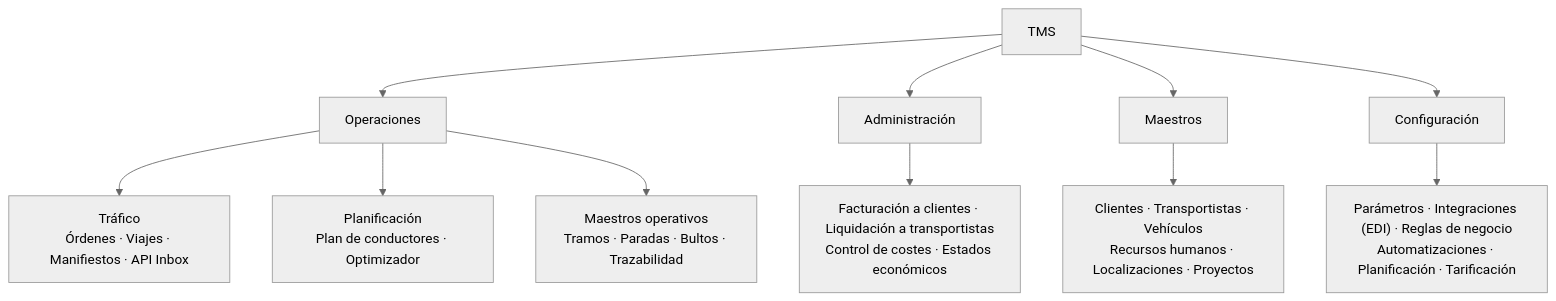
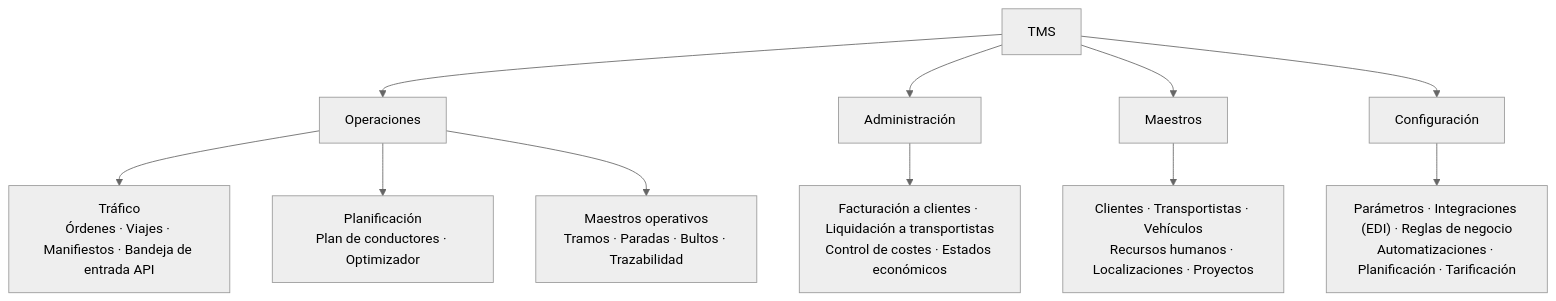
Before and after one commit to pacoborrego/guraify-tms-docs: the diagram in source/17.0/3_functional-architecture/3_1_functional-organization.rst, drawn with Mermaid (neutral theme). The commit also changed other lines of this file and 41 other files, not shown here.

```diff
--- a/source/17.0/3_functional-architecture/3_1_functional-organization.rst
+++ b/source/17.0/3_functional-architecture/3_1_functional-organization.rst
@@ -24,13 +24,13 @@
 .. mermaid::
 
    flowchart TB
        TMS["TMS"] --> OP["Operaciones"]
        TMS --> ADM["Administración"]
        TMS --> MAE["Maestros"]
        TMS --> CFG["Configuración"]
-       OP --> TRA["Tráfico<br/>Órdenes · Viajes · Manifiestos · API Inbox"]
+       OP --> TRA["Tráfico<br/>Órdenes · Viajes · Manifiestos · Bandeja de entrada API"]
        OP --> PLA["Planificación<br/>Plan de conductores · Optimizador"]
        OP --> MOP["Maestros operativos<br/>Tramos · Paradas · Bultos · Trazabilidad"]
        ADM --> ADM1["Facturación a clientes · Liquidación a transportistas<br/>Control de costes · Estados económicos"]
        MAE --> MAE1["Clientes · Transportistas · Vehículos<br/>Recursos humanos · Localizaciones · Proyectos"]
        CFG --> CFG1["Parámetros · Integraciones (EDI) · Reglas de negocio<br/>Automatizaciones · Planificación · Tarificación"]
```
